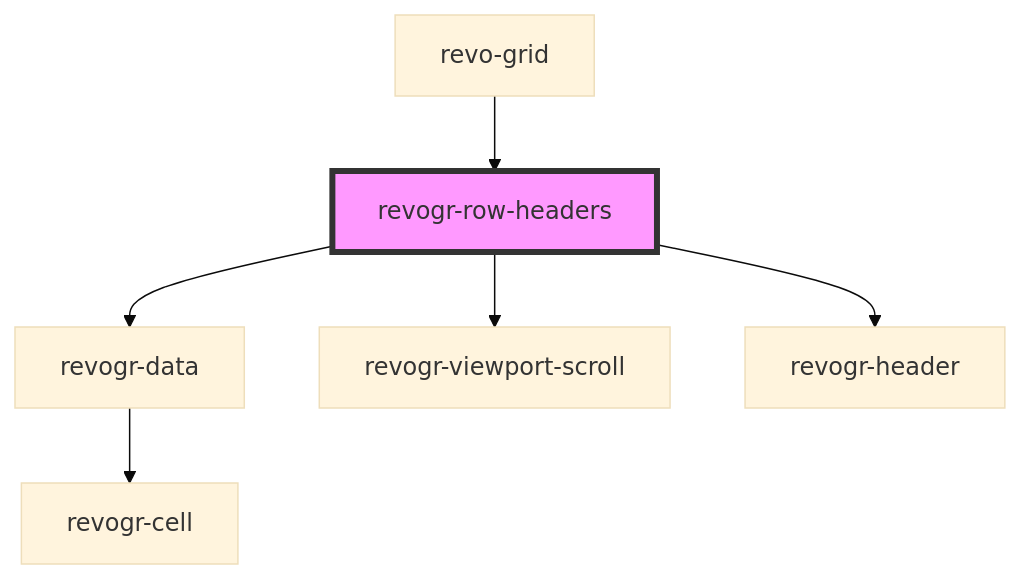
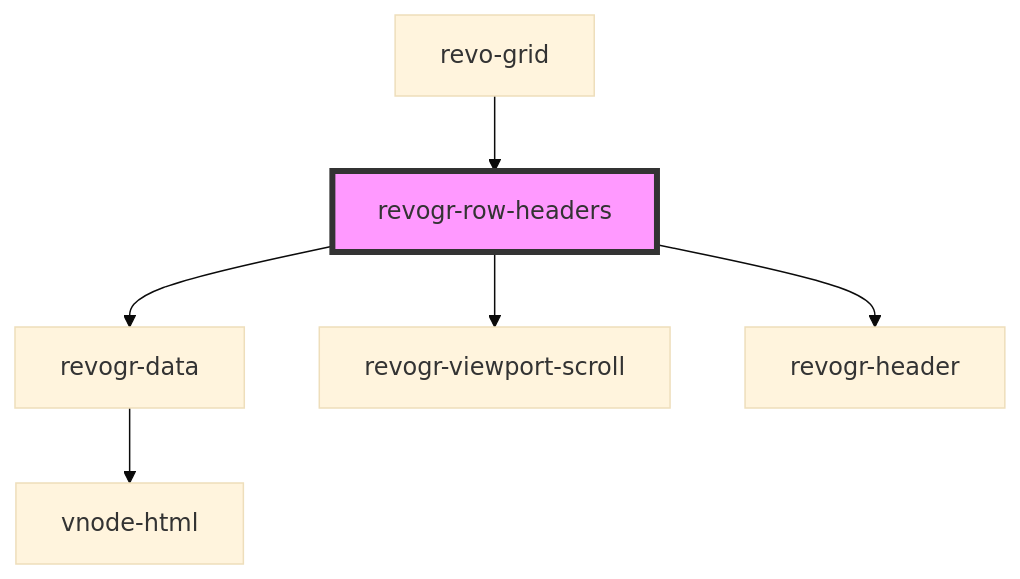
Before and after one commit to revolist/revogrid: the diagram in src/components/rowHeaders/readme.md, drawn with Mermaid (base theme). The commit also changed other lines of this file and 60 other files, not shown here.

````diff
--- a/src/components/rowHeaders/readme.md
+++ b/src/components/rowHeaders/readme.md
@@ -45,9 +46,9 @@
 ```mermaid
 graph TD;
   revogr-row-headers --> revogr-data
   revogr-row-headers --> revogr-viewport-scroll
   revogr-row-headers --> revogr-header
-  revogr-data --> revogr-cell
+  revogr-data --> vnode-html
   revo-grid --> revogr-row-headers
   style revogr-row-headers fill:#f9f,stroke:#333,stroke-width:4px
 ```
````
